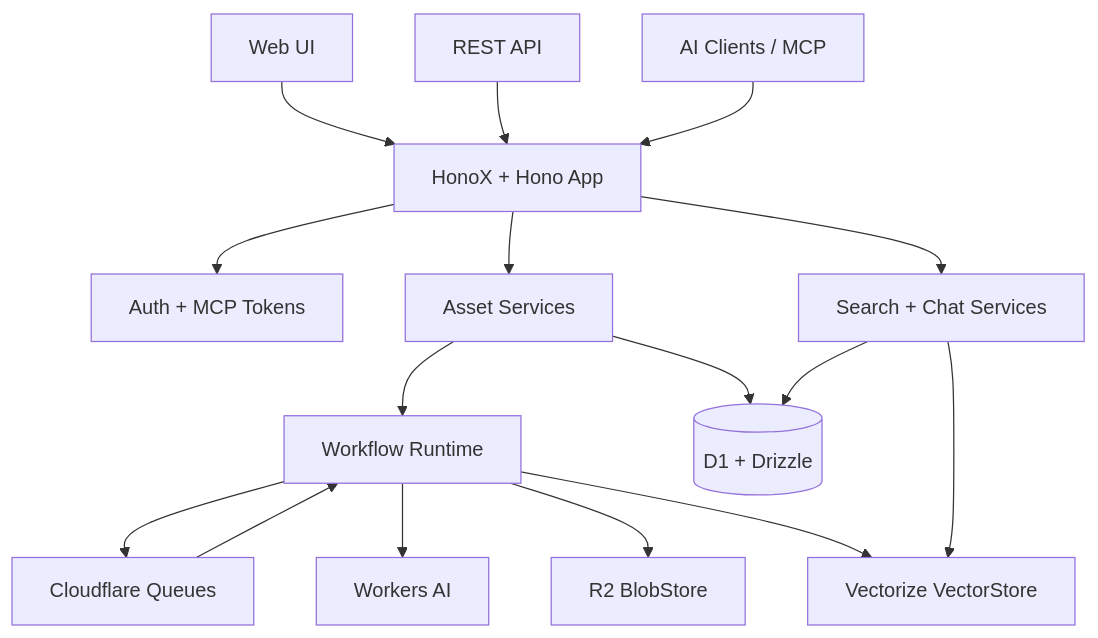
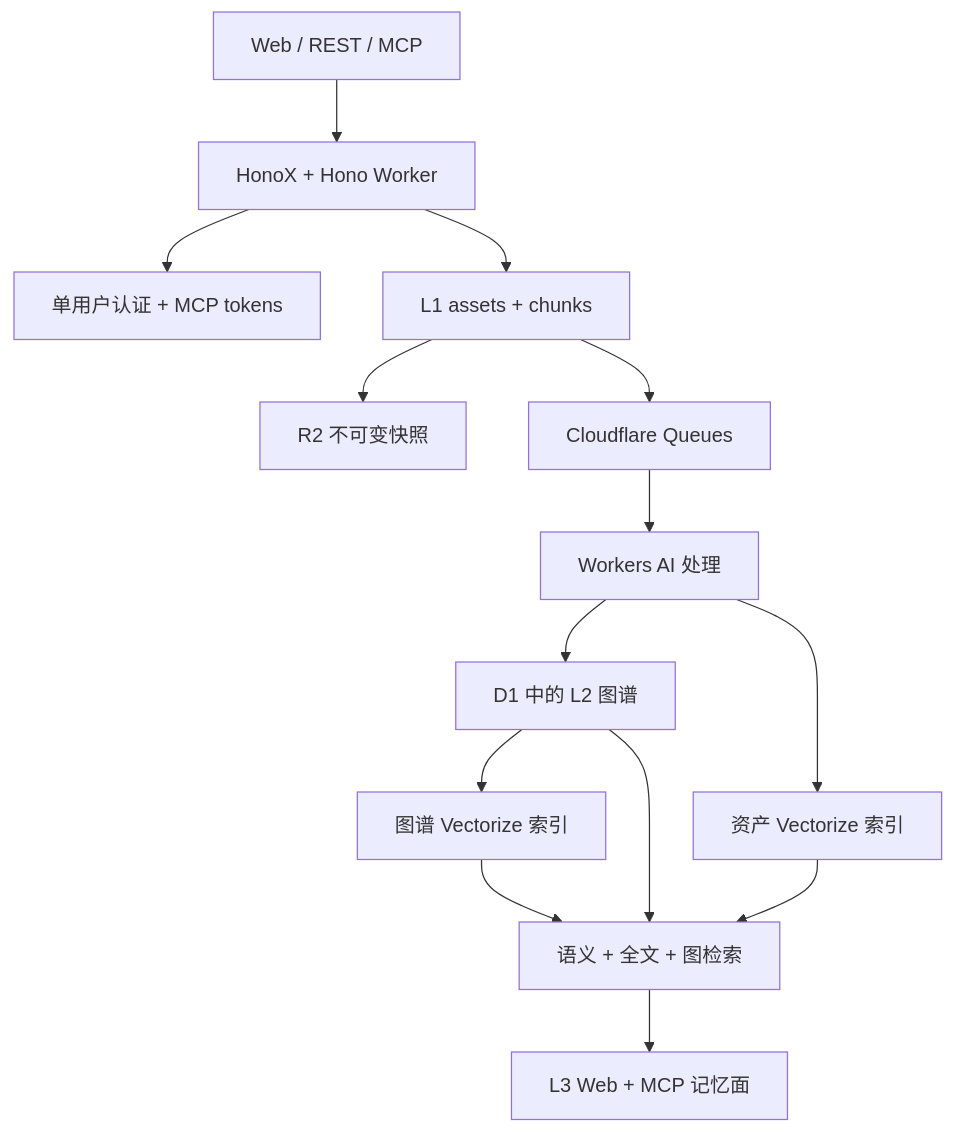
Before and after one commit to evepupil/CloudMind: the diagram in README.zh-CN.md, drawn with Mermaid. The commit also changed other lines of this file and 12 other files, not shown here.

````diff
--- a/README.zh-CN.md
+++ b/README.zh-CN.md
@@ -90,18 +91,16 @@
 ```mermaid
-graph TD
-    Browser["Web UI"] --> HonoX["HonoX + Hono App"]
-    API["REST API"] --> HonoX
-    MCP["AI Clients / MCP"] --> HonoX
-    HonoX --> Auth["Auth + MCP Tokens"]
-    HonoX --> Assets["Asset Services"]
-    HonoX --> Search["Search + Chat Services"]
-    Assets --> Workflows["Workflow Runtime"]
-    Workflows --> Queue["Cloudflare Queues"]
-    Workflows --> AI["Workers AI"]
-    Workflows --> Blob["R2 BlobStore"]
-    Workflows --> Vector["Vectorize VectorStore"]
-    Assets --> DB[("D1 + Drizzle")]
-    Search --> DB
-    Search --> Vector
-    Queue --> Workflows
+flowchart TD
+    Sources["Web / REST / MCP"] --> App["HonoX + Hono Worker"]
+    App --> Auth["单用户认证 + MCP tokens"]
+    App --> L1["L1 assets + chunks"]
+    L1 --> R2["R2 不可变快照"]
+    L1 --> Queue["Cloudflare Queues"]
+    Queue --> AI["Workers AI 处理"]
+    AI --> L2["D1 中的 L2 图谱"]
+    AI --> AssetVectors["资产 Vectorize 索引"]
+    L2 --> GraphVectors["图谱 Vectorize 索引"]
+    L2 --> Retrieval["语义 + 全文 + 图检索"]
+    AssetVectors --> Retrieval
+    GraphVectors --> Retrieval
+    Retrieval --> L3["L3 Web + MCP 记忆面"]
 ```
````
